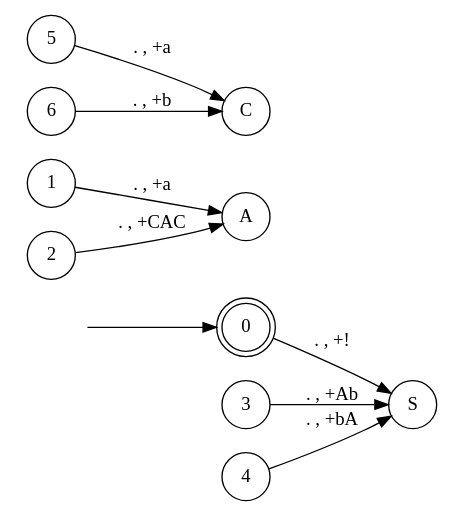
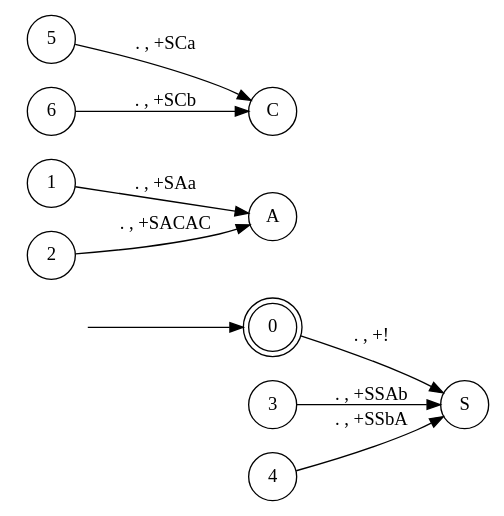
One commit to tsubaric/ToC changed the diagram in test_1.gv. Above: the diagram before and after it, drawn with Graphviz. The commit also changed 2 other files, not shown here.

```diff
--- a/test_1.gv
+++ b/test_1.gv
@@ -1,15 +1,15 @@
 digraph pda {
 rankdir = LR;
 hidden [shape = plaintext, label = ""];
 node [shape = doublecircle];
 0;
 node [shape = circle];
 hidden -> 0;
 0 -> S [label = ". , +!"];
-1 -> A [label = ". , +a"];
-2 -> A [label = ". , +CAC"];
-3 -> S [label = ". , +Ab"];
-4 -> S [label = ". , +bA"];
-5 -> C [label = ". , +a"];
-6 -> C [label = ". , +b"];
+1 -> A [label = ". , +SAa"];
+2 -> A [label = ". , +SACAC"];
+3 -> S [label = ". , +SSAb"];
+4 -> S [label = ". , +SSbA"];
+5 -> C [label = ". , +SCa"];
+6 -> C [label = ". , +SCb"];
 }
```
